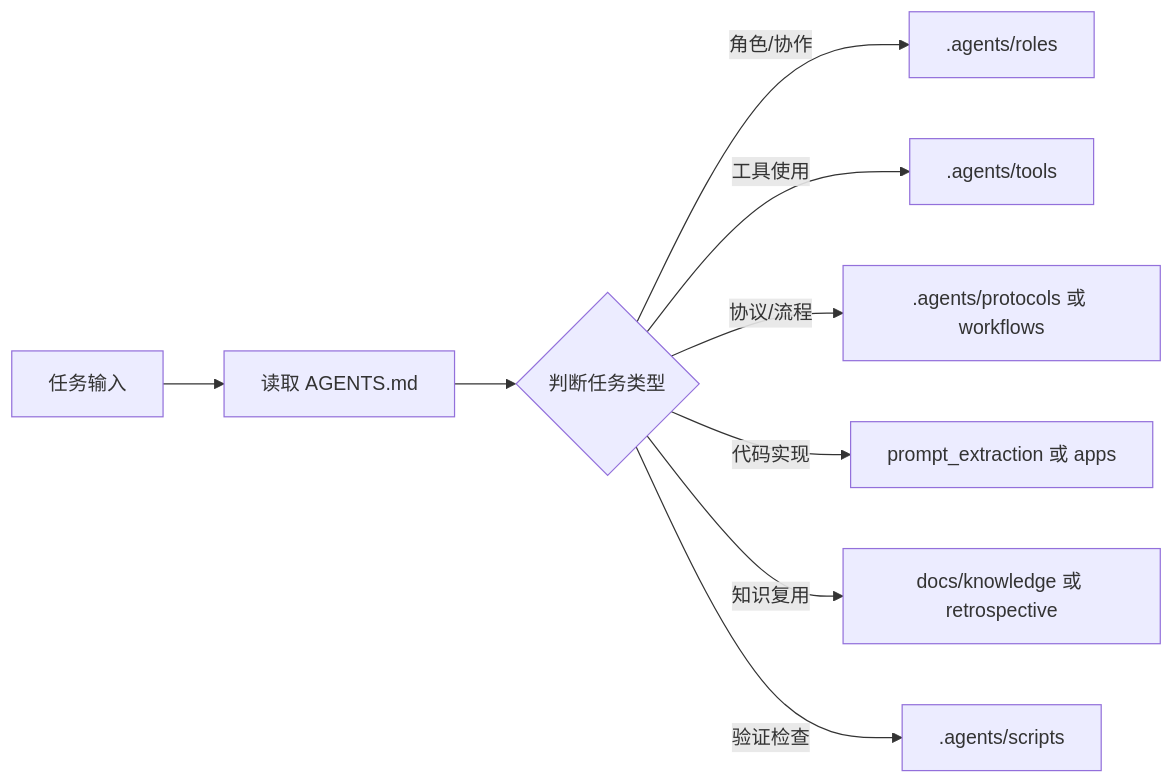
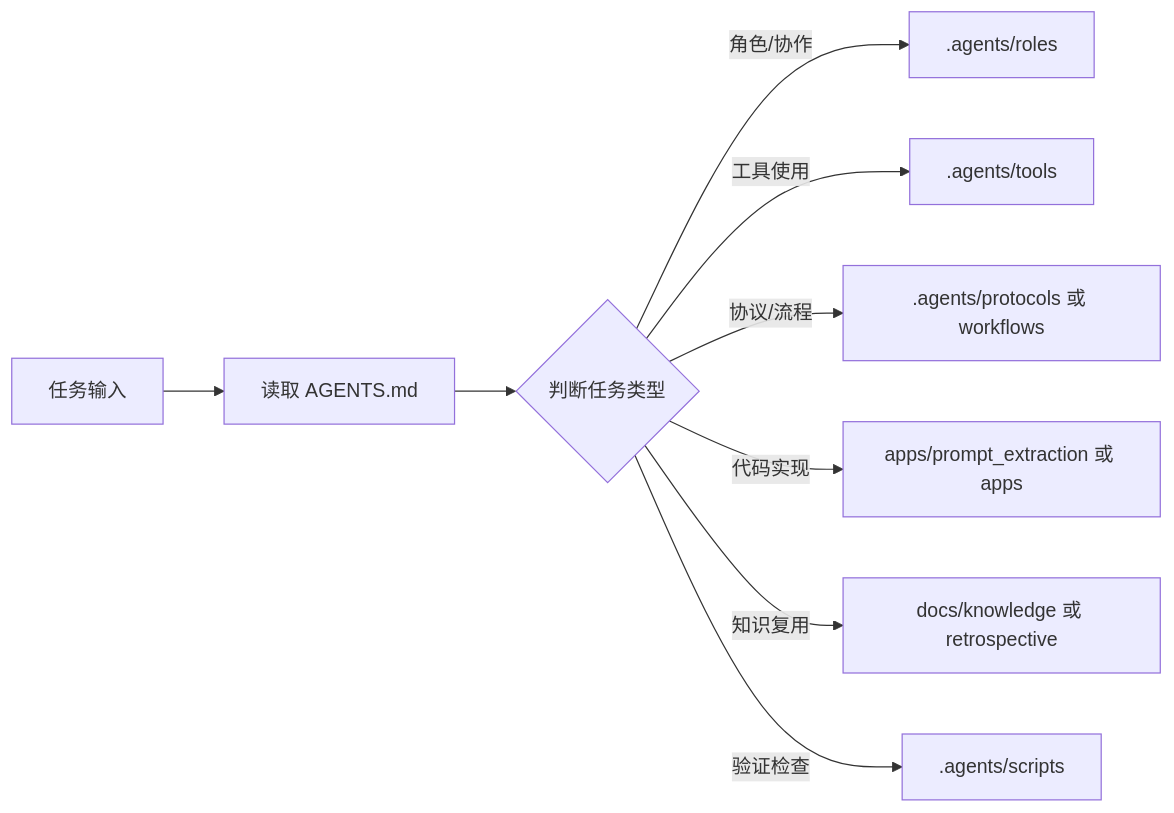
Before and after one commit to xinetzone/SpecWeave: the second of 7 diagrams in .agents/docs/code-wiki/architecture.md, drawn with Mermaid. The commit also changed other lines of this file and 100 other files, not shown here.

````diff
--- a/.agents/docs/code-wiki/architecture.md
+++ b/.agents/docs/code-wiki/architecture.md
@@ -39,11 +39,11 @@
 ```mermaid
 flowchart LR
     A["任务输入"] --> B["读取 AGENTS.md"]
     B --> C{"判断任务类型"}
     C -->|"角色/协作"| D[.agents/roles]
     C -->|"工具使用"| E[.agents/tools]
     C -->|"协议/流程"| F[".agents/protocols 或 workflows"]
-    C -->|"代码实现"| G["prompt_extraction 或 apps"]
+    C -->|"代码实现"| G["apps/prompt_extraction 或 apps"]
     C -->|"知识复用"| H["docs/knowledge 或 retrospective"]
     C -->|"验证检查"| I[.agents/scripts]
 ```
````
